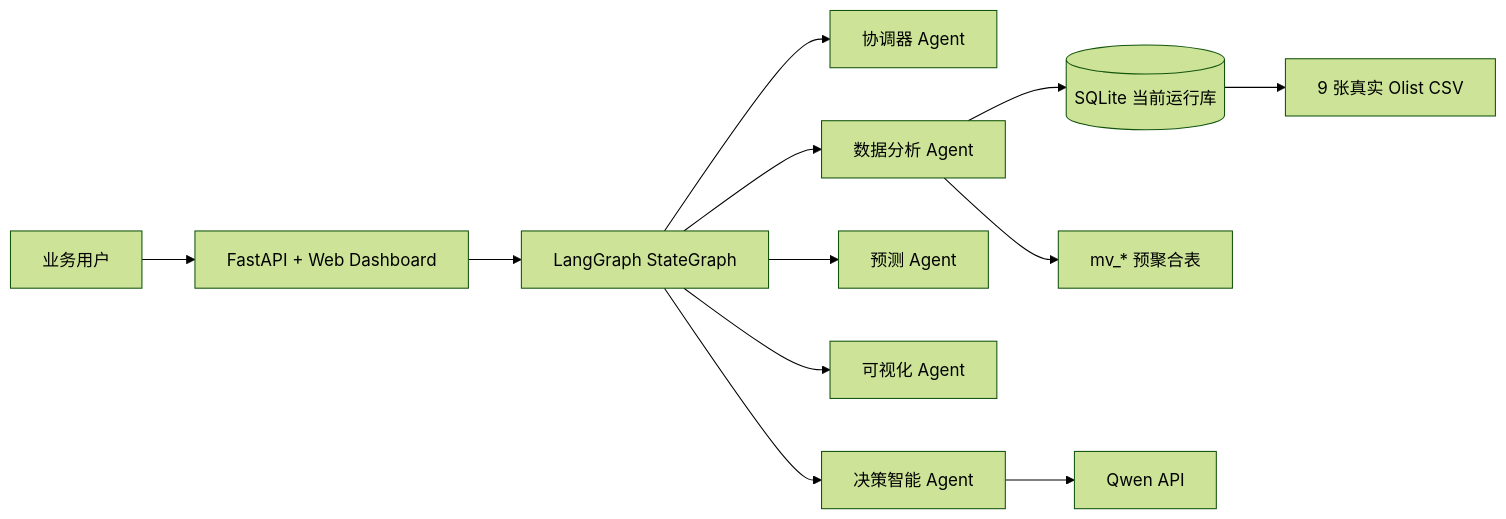
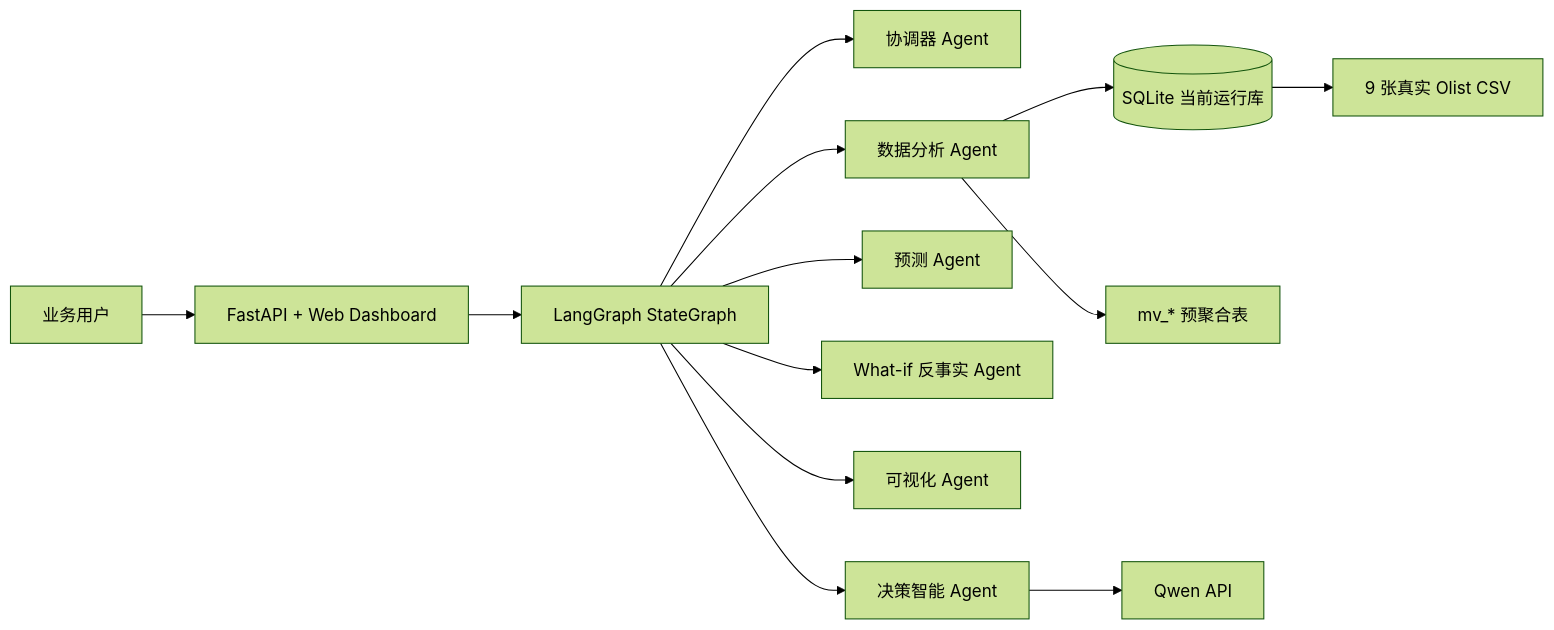
The diagram in docs/REPORT_DRAFT.md (Effulgence12/BiAgent), drawn with Mermaid (forest theme) before and after one commit. The commit also changed other lines of this file and 12 other files, not shown here.

````diff
--- a/docs/REPORT_DRAFT.md
+++ b/docs/REPORT_DRAFT.md
@@ -9,14 +9,15 @@
 ```mermaid
 flowchart LR
   User[业务用户] --> Web[FastAPI + Web Dashboard]
   Web --> Graph[LangGraph StateGraph]
   Graph --> Orchestrator[协调器 Agent]
   Graph --> Analyst[数据分析 Agent]
   Graph --> Forecast[预测 Agent]
+  Graph --> WhatIf[What-if 反事实 Agent]
   Graph --> Viz[可视化 Agent]
   Graph --> Decision[决策智能 Agent]
   Analyst --> SQLite[(SQLite 当前运行库)]
   Analyst --> Views[mv_* 预聚合表]
   SQLite --> CSV[9 张真实 Olist CSV]
   Decision --> Qwen[Qwen API]
 ```
````
